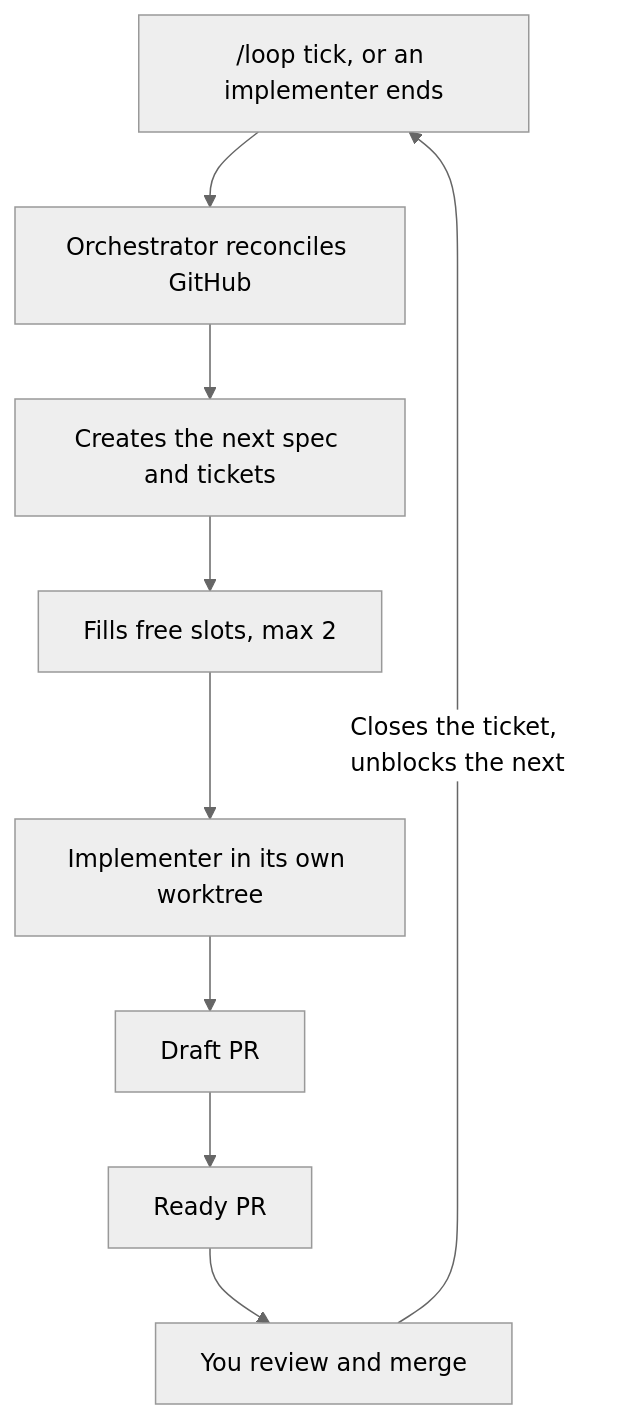
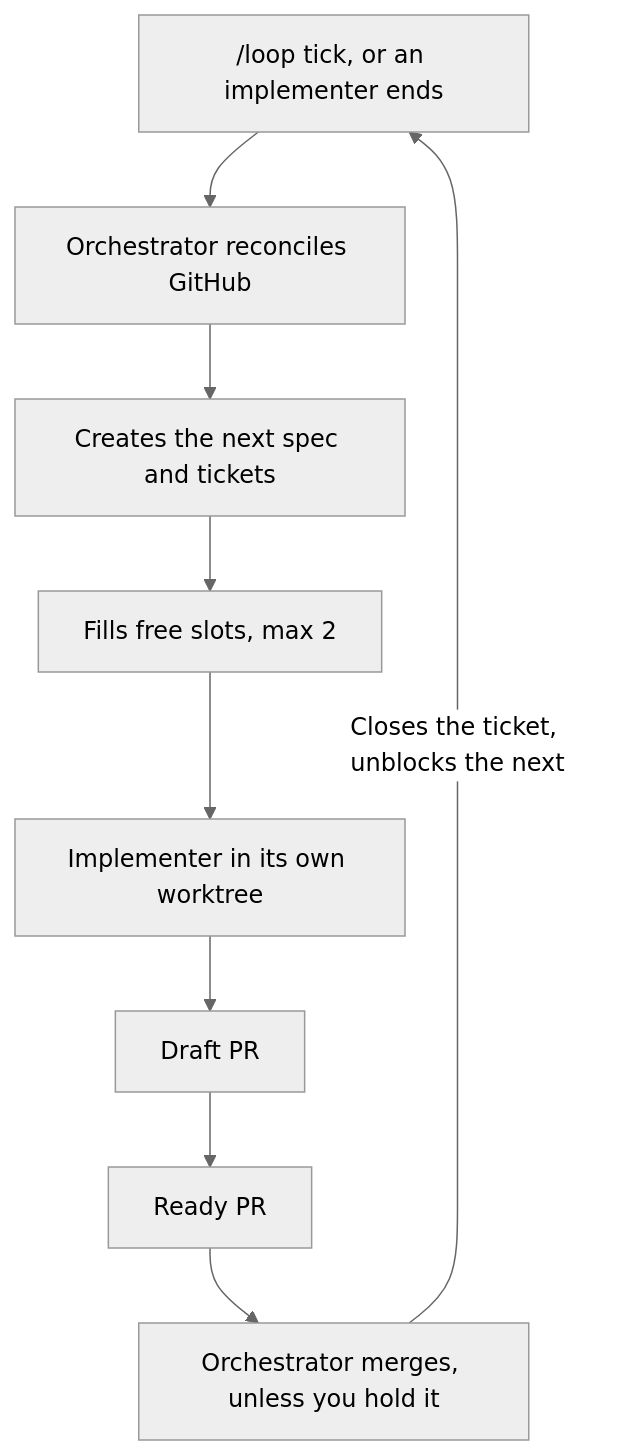
The diagram in docs/factory/README.md (sjoerdvdis-dev/show-stream), drawn with Mermaid (neutral theme) before and after one commit. The commit also changed other lines of this file and 2 other files, not shown here.

First line of the commit message:
docs: let the orchestrator merge ready PRs

````diff
--- a/docs/factory/README.md
+++ b/docs/factory/README.md
@@ -28,11 +28,11 @@
 ```mermaid
 flowchart TD
     L["/loop tick, or an implementer ends"] --> R["Orchestrator reconciles GitHub"]
     R --> P["Creates the next spec and tickets"]
     P --> D["Fills free slots, max 2"]
     D --> I["Implementer in its own worktree"]
     I --> DP["Draft PR"]
     DP --> RP["Ready PR"]
-    RP --> M["You review and merge"]
+    RP --> M["Orchestrator merges, unless you hold it"]
     M -->|"Closes the ticket, unblocks the next"| L
 ```
````
